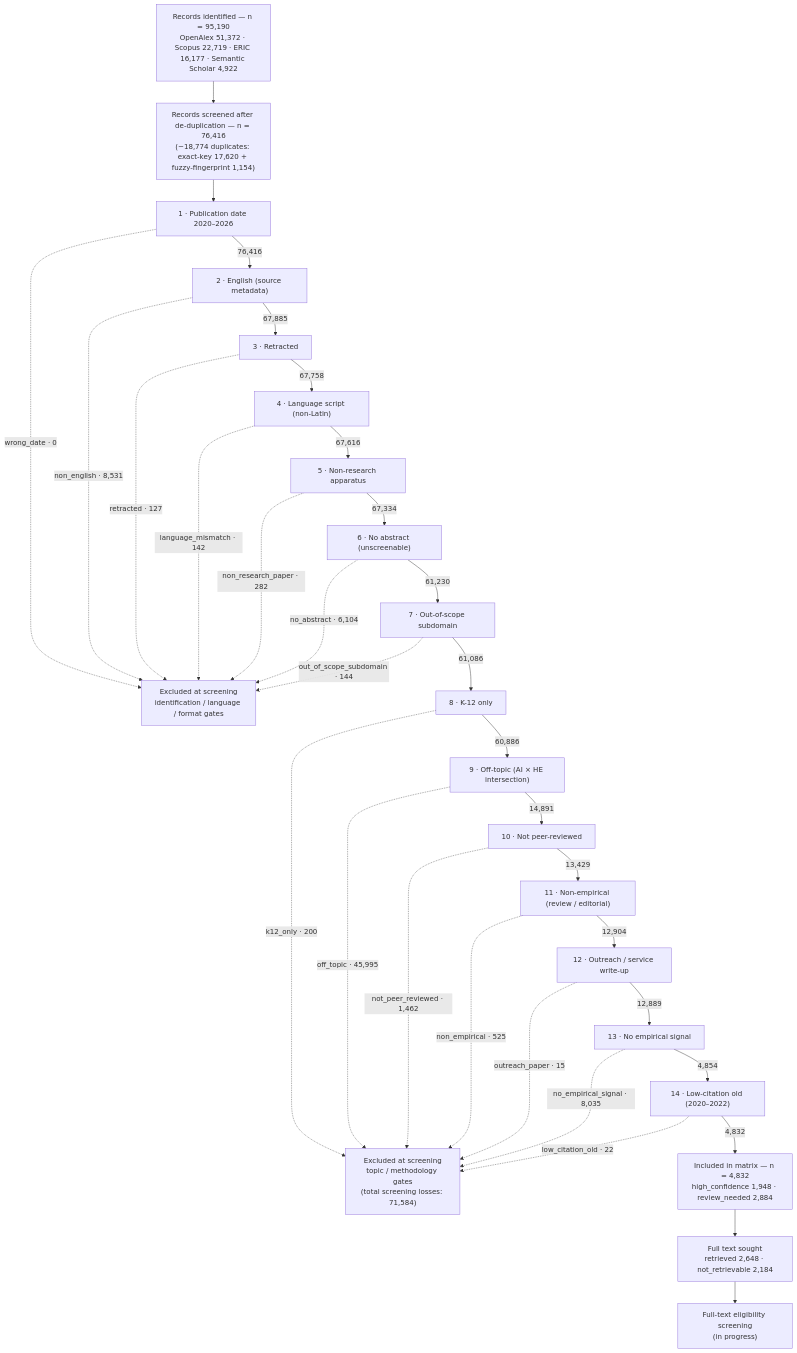
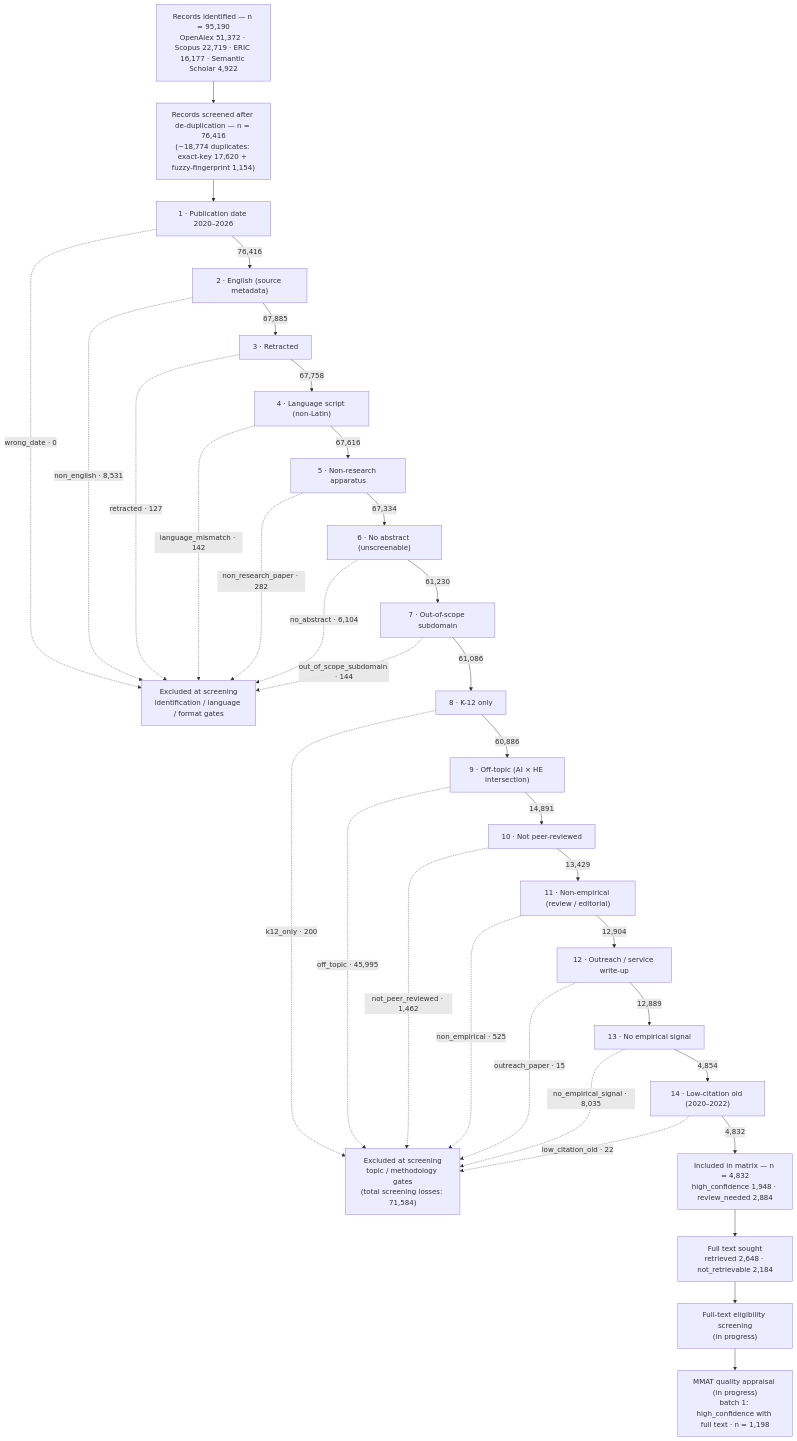
The fourth of 4 diagrams in README.md (benjiesotelo-sudo/AI-Higher-Ed-RRL), drawn with Mermaid before and after one commit. The commit also changed other lines of this file, not shown here.

First line of the commit message:
docs(readme): document MMAT appraisal phase; fix scrubbed Manuscript ref

````diff
--- a/README.md
+++ b/README.md
@@ -358,42 +358,43 @@
 ```mermaid
 flowchart TD
     ID["Records identified — n = 95,190<br/>OpenAlex 51,372 · Scopus 22,719 · ERIC 16,177 · Semantic Scholar 4,922"]
     DD["Records screened after de-duplication — n = 76,416<br/>(−18,774 duplicates: exact-key 17,620 + fuzzy-fingerprint 1,154)"]
     ID --> DD --> F1
 
     F1["1 · Publication date 2020–2026"] -. "wrong_date · 0" .-> XA
     F1 -->|"76,416"| F2
     F2["2 · English (source metadata)"] -. "non_english · 8,531" .-> XA
     F2 -->|"67,885"| F3
     F3["3 · Retracted"] -. "retracted · 127" .-> XA
     F3 -->|"67,758"| F4
     F4["4 · Language script (non-Latin)"] -. "language_mismatch · 142" .-> XA
     F4 -->|"67,616"| F5
     F5["5 · Non-research apparatus"] -. "non_research_paper · 282" .-> XA
     F5 -->|"67,334"| F6
     F6["6 · No abstract (unscreenable)"] -. "no_abstract · 6,104" .-> XA
     F6 -->|"61,230"| F7
     F7["7 · Out-of-scope subdomain"] -. "out_of_scope_subdomain · 144" .-> XA
     F7 -->|"61,086"| F8
     F8["8 · K-12 only"] -. "k12_only · 200" .-> XB
     F8 -->|"60,886"| F9
     F9["9 · Off-topic (AI × HE intersection)"] -. "off_topic · 45,995" .-> XB
     F9 -->|"14,891"| F10
     F10["10 · Not peer-reviewed"] -. "not_peer_reviewed · 1,462" .-> XB
     F10 -->|"13,429"| F11
     F11["11 · Non-empirical (review / editorial)"] -. "non_empirical · 525" .-> XB
     F11 -->|"12,904"| F12
     F12["12 · Outreach / service write-up"] -. "outreach_paper · 15" .-> XB
     F12 -->|"12,889"| F13
     F13["13 · No empirical signal"] -. "no_empirical_signal · 8,035" .-> XB
     F13 -->|"4,854"| F14
     F14["14 · Low-citation old (2020–2022)"] -. "low_citation_old · 22" .-> XB
     F14 -->|"4,832"| INC
 
     XA["Excluded at screening<br/>identification / language / format gates"]
     XB["Excluded at screening<br/>topic / methodology gates<br/>(total screening losses: 71,584)"]
 
     INC["Included in matrix — n = 4,832<br/>high_confidence 1,948 · review_needed 2,884"]
     INC --> RET["Full text sought<br/>retrieved 2,648 · not_retrievable 2,184"]
     RET --> ELIG["Full-text eligibility screening<br/>(in progress)"]
+    ELIG --> APP["MMAT quality appraisal (in progress)<br/>batch 1: high_confidence with full text · n = 1,198"]
 ```
````
